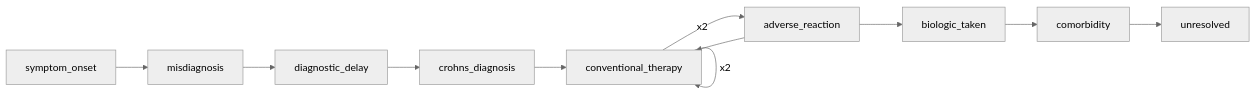
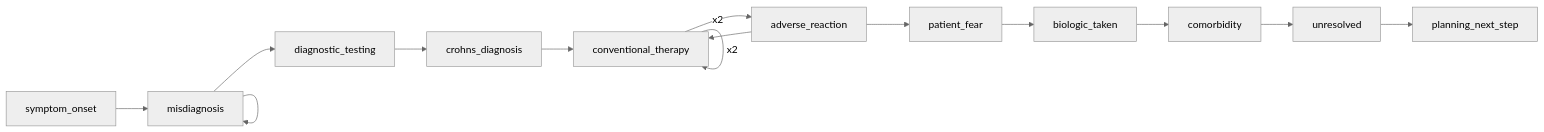
One commit to carecodeconnect/crohnicity changed diagram 34 of 50 in docs/referral_pathways.md. Above: the diagram before and after it, drawn with Mermaid. The commit also changed other lines of this file and 107 other files, not shown here.

````diff
--- a/docs/referral_pathways.md
+++ b/docs/referral_pathways.md
@@ -1225,23 +1262,28 @@
 ``` mermaid
 %%{init: {'theme':'neutral'}}%%
 flowchart LR
     n0["symptom_onset"]
     n1["misdiagnosis"]
-    n2["diagnostic_delay"]
+    n2["diagnostic_testing"]
     n3["crohns_diagnosis"]
     n4["conventional_therapy"]
     n5["adverse_reaction"]
-    n6["biologic_taken"]
-    n7["comorbidity"]
-    n8["unresolved"]
+    n6["patient_fear"]
+    n7["biologic_taken"]
+    n8["comorbidity"]
+    n9["unresolved"]
+    n10["planning_next_step"]
     n0 -->n1
+    n1 -->n1
     n1 -->n2
     n2 -->n3
     n3 -->n4
     n4 -->|x2| n4
     n4 -->|x2| n5
     n5 -->n4
     n5 -->n6
     n6 -->n7
     n7 -->n8
+    n8 -->n9
+    n9 -->n10
 ```
````
